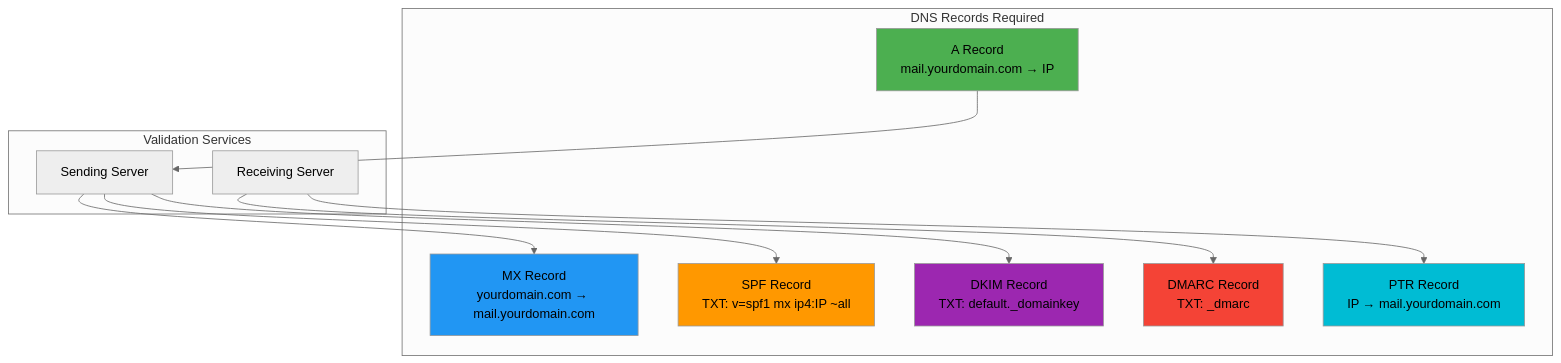
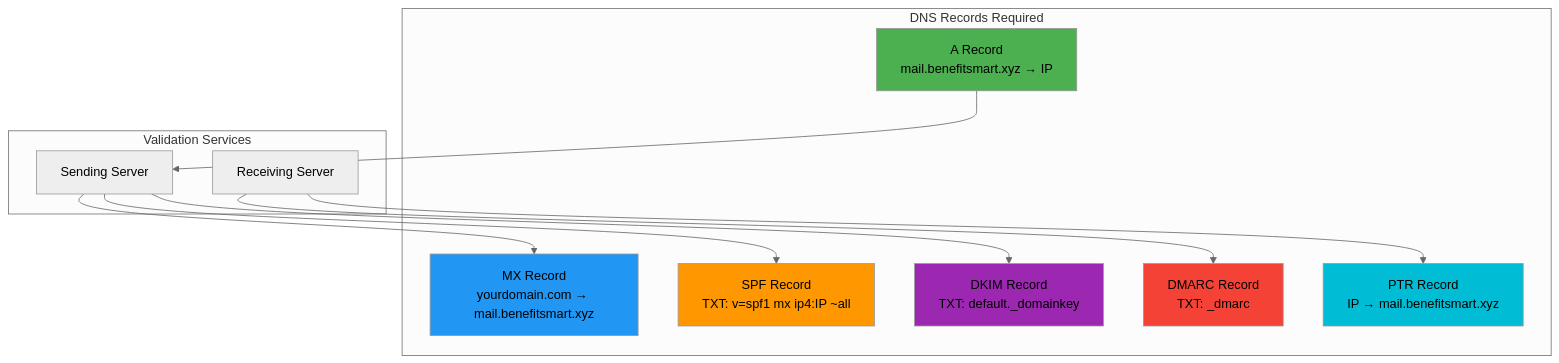
Before and after one commit to kingsleyesisi/king_smtp: the fifth of 10 diagrams in docs/ARCHITECTURE.md, drawn with Mermaid (neutral theme). The commit also changed other lines of this file and 14 other files, not shown here.

````diff
--- a/docs/ARCHITECTURE.md
+++ b/docs/ARCHITECTURE.md
@@ -141,30 +141,30 @@
 ```mermaid
 graph TB
     subgraph "DNS Records Required"
-        A[A Record<br/>mail.yourdomain.com → IP]
-        MX[MX Record<br/>yourdomain.com → mail.yourdomain.com]
+        A[A Record<br/>mail.benefitsmart.xyz → IP]
+        MX[MX Record<br/>yourdomain.com → mail.benefitsmart.xyz]
         SPF[SPF Record<br/>TXT: v=spf1 mx ip4:IP ~all]
         DKIM[DKIM Record<br/>TXT: default._domainkey]
         DMARC[DMARC Record<br/>TXT: _dmarc]
-        PTR[PTR Record<br/>IP → mail.yourdomain.com]
+        PTR[PTR Record<br/>IP → mail.benefitsmart.xyz]
     end
     
     subgraph "Validation Services"
         Sender[Sending Server]
         Receiver[Receiving Server]
     end
     
     A --> Sender
     Sender --> MX
     Sender --> SPF
     Sender --> DKIM
     Receiver --> DMARC
     Receiver --> PTR
     
     style A fill:#4CAF50
     style MX fill:#2196F3
     style SPF fill:#FF9800
     style DKIM fill:#9C27B0
     style DMARC fill:#F44336
     style PTR fill:#00BCD4
 ```
````
